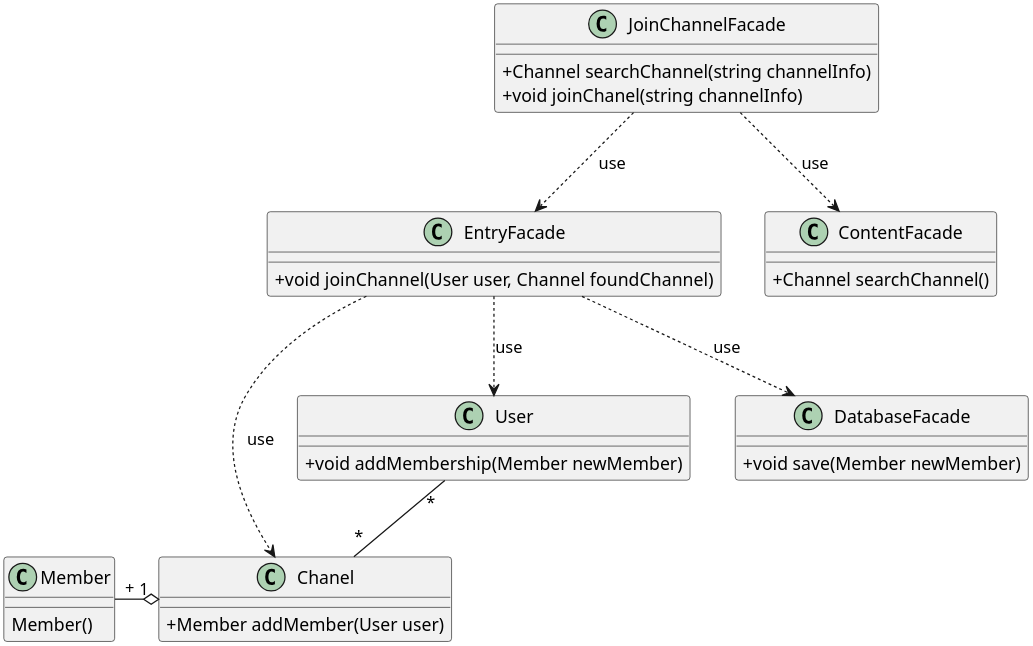
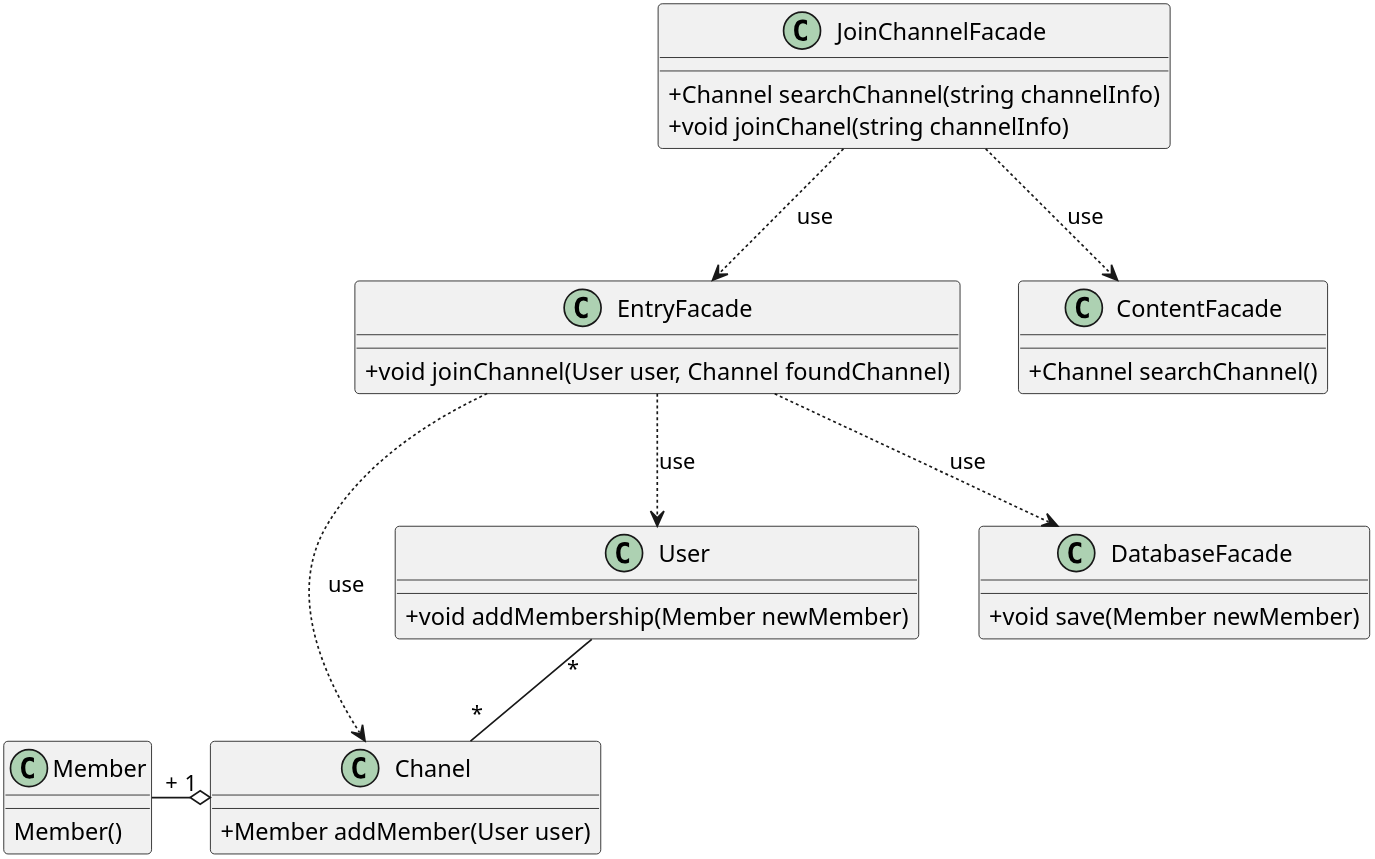
One commit to soleyman79/Qasedak changed the diagram in Diagrams/Design Class/JoinChanel.puml. Above: the diagram before and after it, drawn with PlantUML. The commit also changed 18 other files, not shown here.

```diff
--- a/Diagrams/Design Class/JoinChanel.puml
+++ b/Diagrams/Design Class/JoinChanel.puml
@@ -1,48 +1,47 @@
 @startuml join_chanel
 
 
-scale 3
-skinparam DefaultFontName B Nazanin
+scale 4
+skinparam DefaultFontName Vazir
 skinparam classAttributeIconSize 0
 
 
 class "User" as user {
     +void addMembership(Member newMember)
 }
 
 class "Chanel" as chanel {
     +Member addMember(User user)
 }
 
 class "Member" as member {
     Member()
 }
 
 class EntryFacade {
     +void joinChannel(User user, Channel foundChannel)
 }
 
 class JoinChannelFacade {
     +Channel searchChannel(string channelInfo)
     +void joinChanel(string channelInfo)
 }
 
 class ContentFacade {
     +Channel searchChannel()
 }
 
 class DatabaseFacade {
     +void save(Member newMember)
 }
 
 chanel "1" o-left- "+" member
 user "*" -- "*" chanel
 JoinChannelFacade ..> ContentFacade :use
 JoinChannelFacade ..> EntryFacade :use
 EntryFacade ..> chanel :use
 EntryFacade ..> DatabaseFacade :use
 EntryFacade ..> user :use
 
 
-
 @enduml
```
